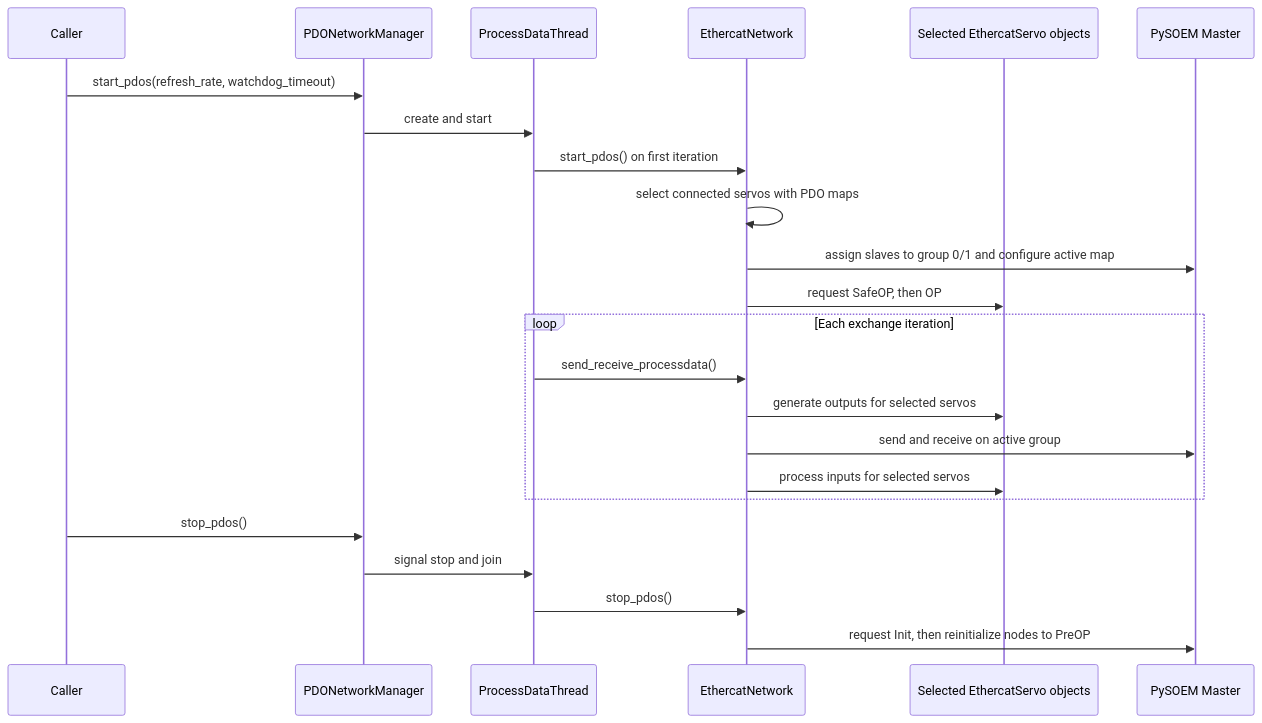
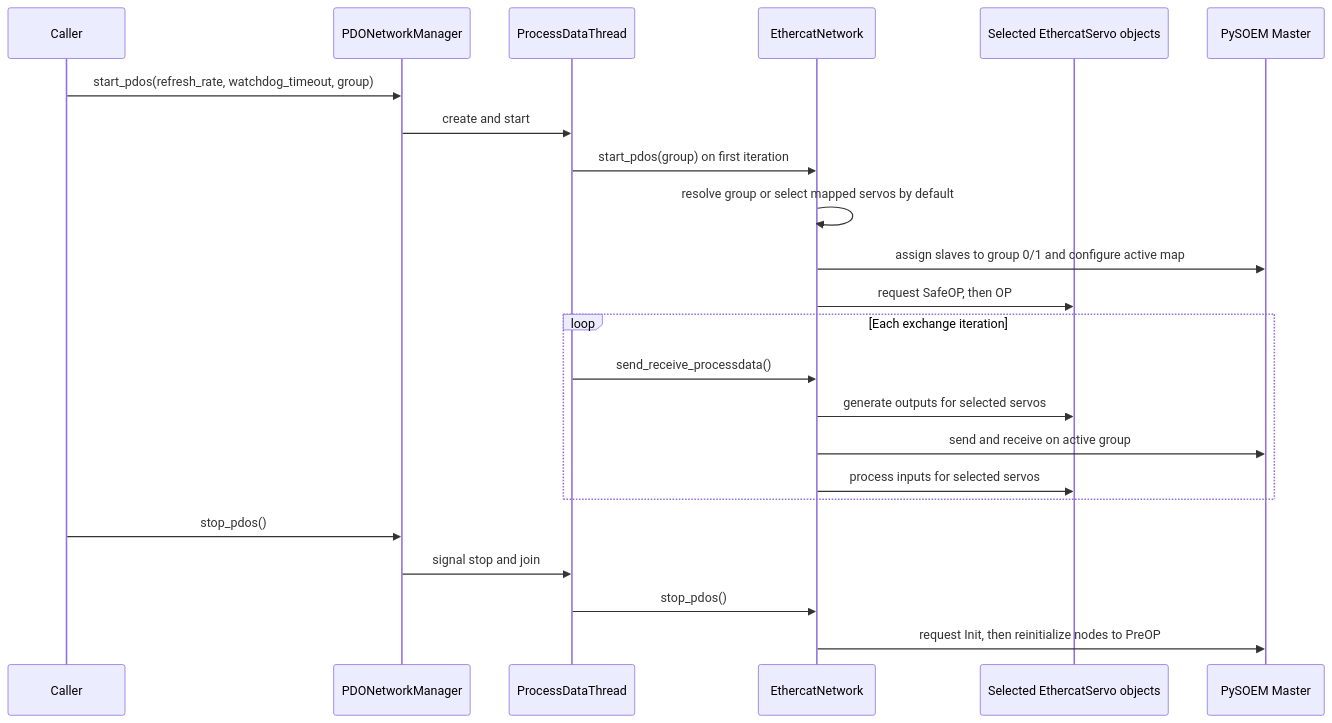
The second of 2 diagrams in tech_docs/ethercat-pdo-groups-and-lifecycle.md (ingeniamc/ingenialink-python), drawn with Mermaid before and after one commit. The commit also changed other lines of this file and 7 other files, not shown here.

````diff
--- a/tech_docs/ethercat-pdo-groups-and-lifecycle.md
+++ b/tech_docs/ethercat-pdo-groups-and-lifecycle.md
@@ -118,26 +134,26 @@
 ```mermaid
 sequenceDiagram
   participant Caller
   participant Manager as PDONetworkManager
   participant Thread as ProcessDataThread
   participant Network as EthercatNetwork
   participant Servo as Selected EthercatServo objects
   participant Master as PySOEM Master
 
-  Caller->>Manager: start_pdos(refresh_rate, watchdog_timeout)
+  Caller->>Manager: start_pdos(refresh_rate, watchdog_timeout, group)
   Manager->>Thread: create and start
-  Thread->>Network: start_pdos() on first iteration
-  Network->>Network: select connected servos with PDO maps
+  Thread->>Network: start_pdos(group) on first iteration
+  Network->>Network: resolve group or select mapped servos by default
   Network->>Master: assign slaves to group 0/1 and configure active map
   Network->>Servo: request SafeOP, then OP
   loop Each exchange iteration
     Thread->>Network: send_receive_processdata()
     Network->>Servo: generate outputs for selected servos
     Network->>Master: send and receive on active group
     Network->>Servo: process inputs for selected servos
   end
   Caller->>Manager: stop_pdos()
   Manager->>Thread: signal stop and join
   Thread->>Network: stop_pdos()
   Network->>Master: request Init, then reinitialize nodes to PreOP
 ```
````
